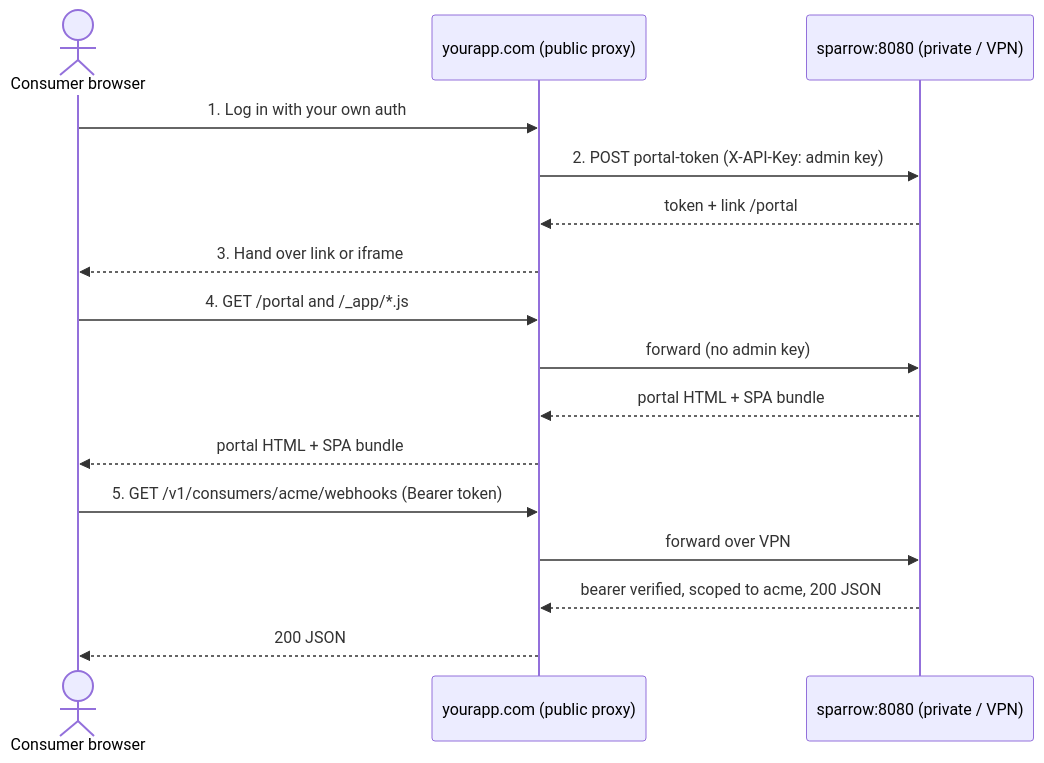
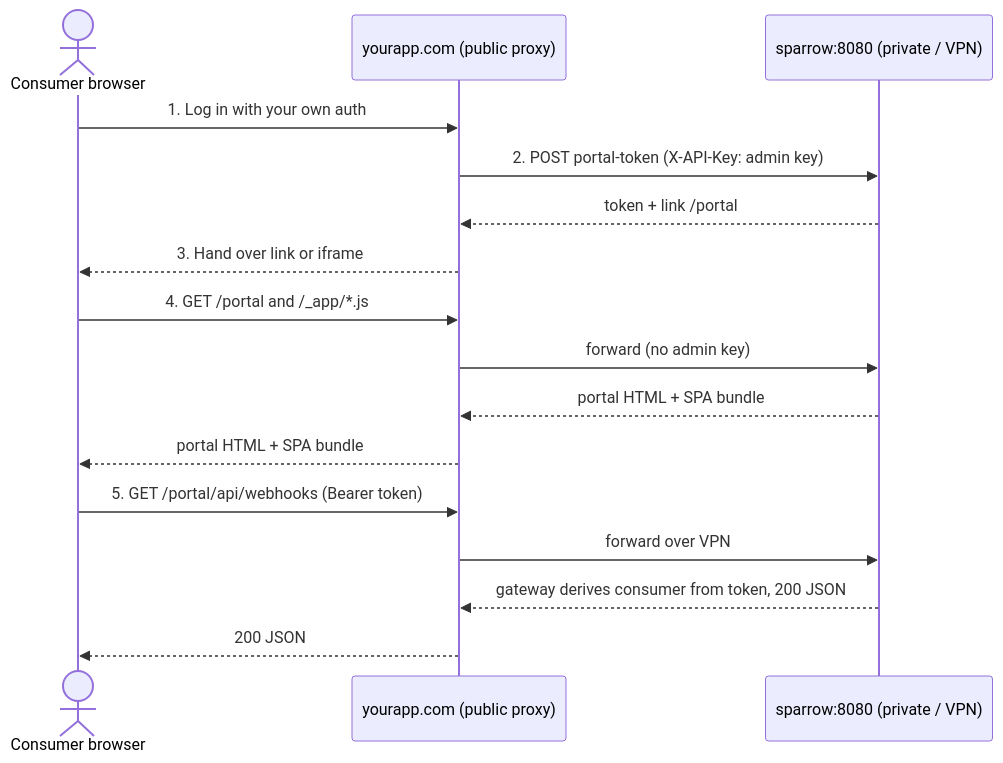
Before and after one commit to sarathsp06/sparrow: the diagram in docs/src/assets/diagrams/portal-embedding-flow.mmd, drawn with Mermaid. The commit also changed 22 other files, not shown here.

First line of the commit message:
feat: collapse consumer portal API behind /portal/api gateway

```diff
--- a/docs/src/assets/diagrams/portal-embedding-flow.mmd
+++ b/docs/src/assets/diagrams/portal-embedding-flow.mmd
@@ -1,16 +1,16 @@
 sequenceDiagram
     actor U as Consumer browser
     participant A as yourapp.com (public proxy)
     participant S as sparrow:8080 (private / VPN)
     U->>A: 1. Log in with your own auth
     A->>S: 2. POST portal-token (X-API-Key: admin key)
     S-->>A: token + link /portal#token=spt_v1...
     A-->>U: 3. Hand over link or iframe
     U->>A: 4. GET /portal and /_app/*.js
     A->>S: forward (no admin key)
     S-->>A: portal HTML + SPA bundle
     A-->>U: portal HTML + SPA bundle
-    U->>A: 5. GET /v1/consumers/acme/webhooks (Bearer token)
+    U->>A: 5. GET /portal/api/webhooks (Bearer token)
     A->>S: forward over VPN
-    S-->>A: bearer verified, scoped to acme, 200 JSON
+    S-->>A: gateway derives consumer from token, 200 JSON
     A-->>U: 200 JSON
```
